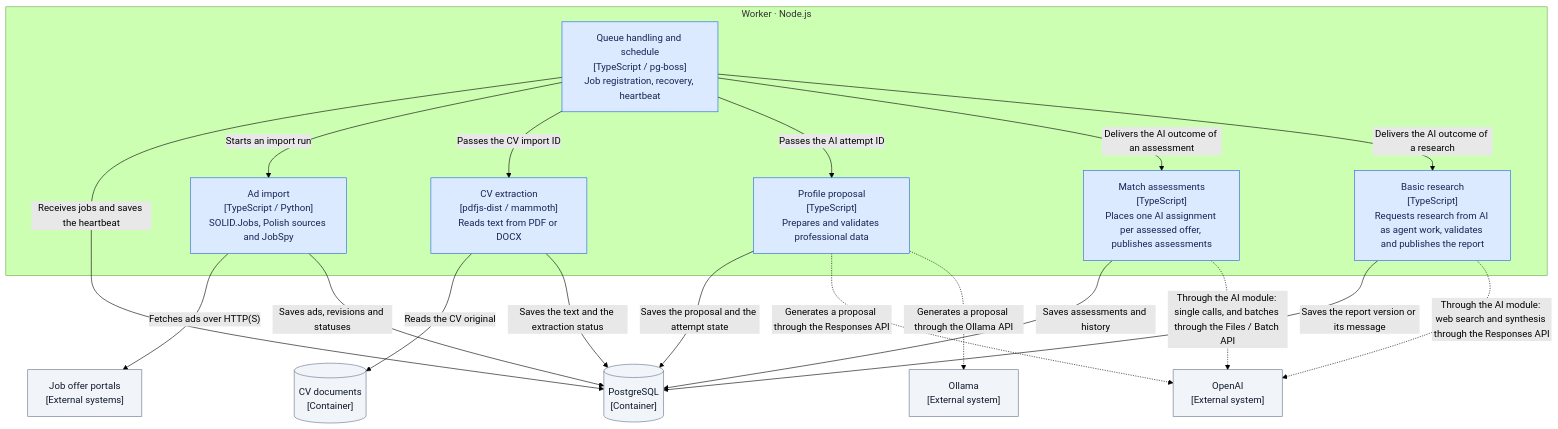
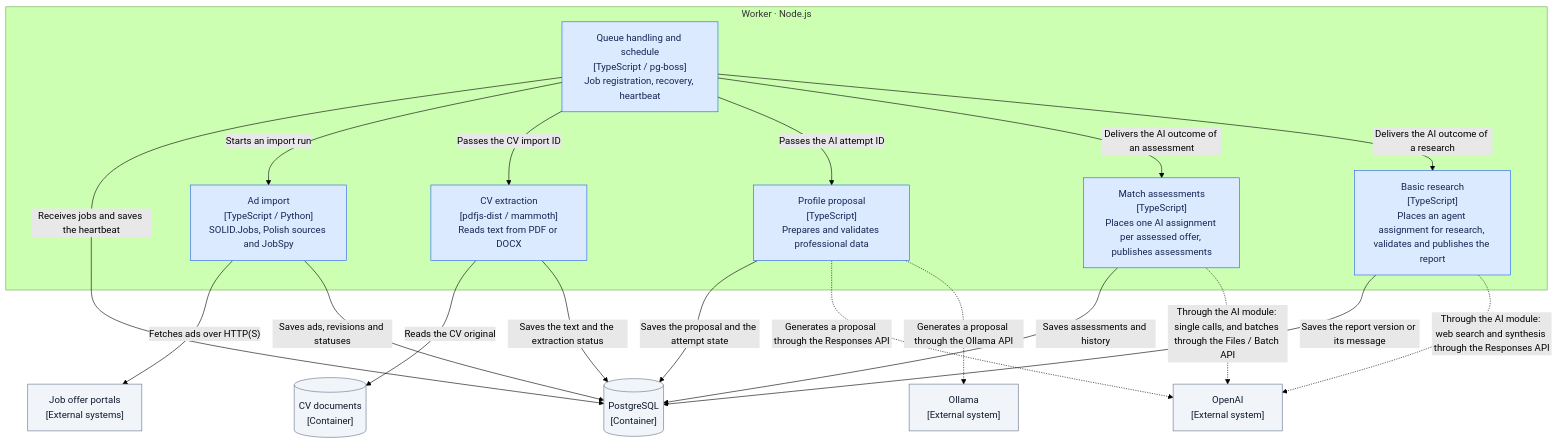
The fourth of 5 diagrams in docs/architecture/README.md (pioziol123/ofertorix-rekrutus), drawn with Mermaid (forest theme) before and after one commit. The commit also changed other lines of this file and 21 other files, not shown here.

Commit message:
oferty-pracy-sq2.10: Research a company through one agent assignment taken by Companies' receiver; show research with an assignment from Companies' own data, with no amount

````diff
--- a/docs/architecture/README.md
+++ b/docs/architecture/README.md
@@ -127,40 +127,40 @@
 ```mermaid
 flowchart TB
   DB[("PostgreSQL<br/>[Container]")]
   Files[("CV documents<br/>[Container]")]
   Boards["Job offer portals<br/>[External systems]"]
   OpenAI["OpenAI<br/>[External system]"]
   Ollama["Ollama<br/>[External system]"]
 
   subgraph Worker["Worker · Node.js"]
     Runtime["Queue handling and schedule<br/>[TypeScript / pg-boss]<br/>Job registration, recovery, heartbeat"]
     Import["Ad import<br/>[TypeScript / Python]<br/>SOLID.Jobs, Polish sources and JobSpy"]
     Parse["CV extraction<br/>[pdfjs-dist / mammoth]<br/>Reads text from PDF or DOCX"]
     Profile["Profile proposal<br/>[TypeScript]<br/>Prepares and validates professional data"]
     Matching["Match assessments<br/>[TypeScript]<br/>Places one AI assignment per assessed offer, publishes assessments"]
-    Research["Basic research<br/>[TypeScript]<br/>Requests research from AI as agent work, validates and publishes the report"]
+    Research["Basic research<br/>[TypeScript]<br/>Places an agent assignment for research, validates and publishes the report"]
   end
 
   Runtime -->|"Receives jobs and saves the heartbeat"| DB
   Runtime -->|"Starts an import run"| Import
   Runtime -->|"Passes the CV import ID"| Parse
   Runtime -->|"Passes the AI attempt ID"| Profile
   Runtime -->|"Delivers the AI outcome of an assessment"| Matching
   Runtime -->|"Delivers the AI outcome of a research"| Research
   Import -->|"Fetches ads over HTTP(S)"| Boards
   Import -->|"Saves ads, revisions and statuses"| DB
   Parse -->|"Reads the CV original"| Files
   Parse -->|"Saves the text and the extraction status"| DB
   Profile -->|"Saves the proposal and the attempt state"| DB
   Matching -->|"Saves assessments and history"| DB
   Research -->|"Saves the report version or its message"| DB
   Profile -.->|"Generates a proposal through the Responses API"| OpenAI
   Profile -.->|"Generates a proposal through the Ollama API"| Ollama
   Matching -.->|"Through the AI module: single calls, and batches through the Files / Batch API"| OpenAI
   Research -.->|"Through the AI module: web search and synthesis through the Responses API"| OpenAI
 
   classDef internal fill:#dbeafe,stroke:#2563eb,color:#172554
   classDef external fill:#f1f5f9,stroke:#64748b,color:#0f172a
   class Runtime,Import,Parse,Profile,Matching,Research internal
   class DB,Files,Boards,OpenAI,Ollama external
 ```
````
